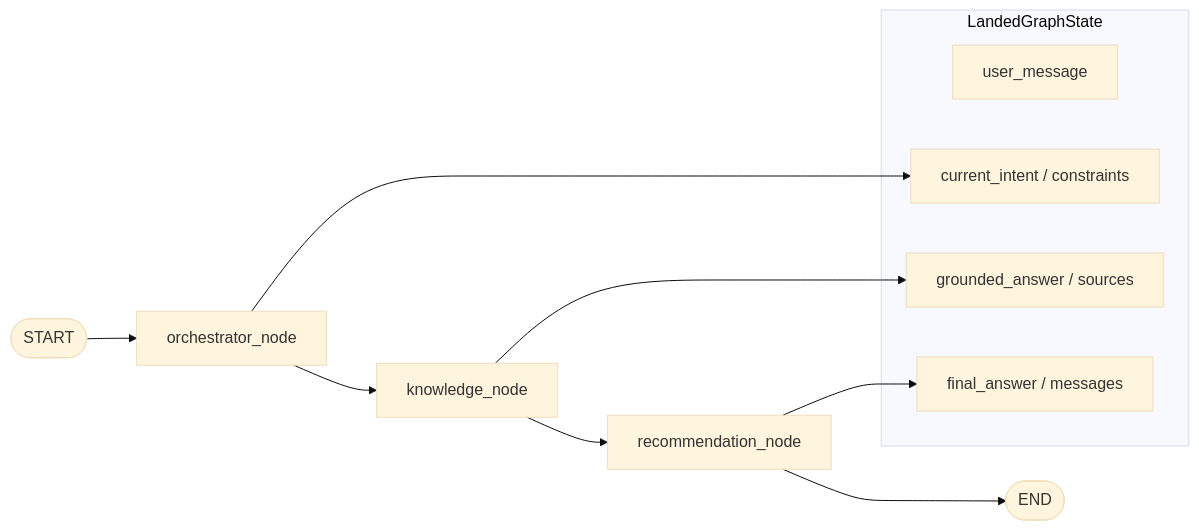
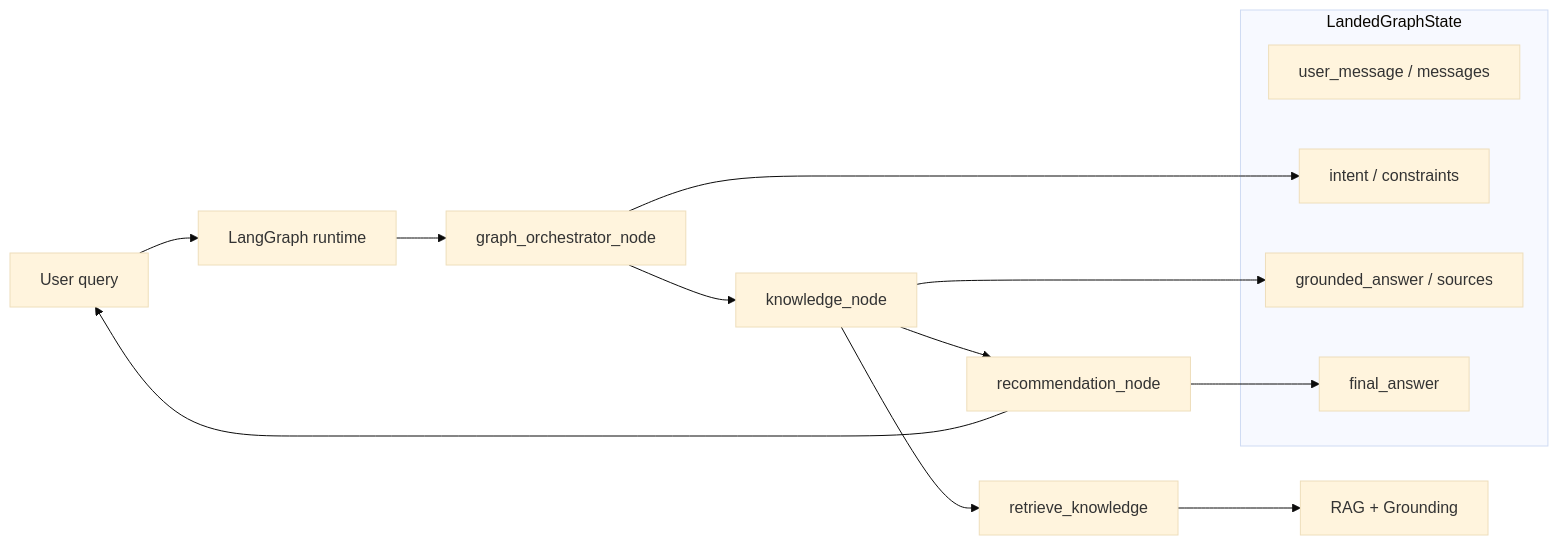
Before and after one commit to luisfm44/landed-agent: the second of 7 diagrams in docs/architecture-diagram.md, drawn with Mermaid (base theme). The commit also changed other lines of this file and 4 other files, not shown here.

````diff
--- a/docs/architecture-diagram.md
+++ b/docs/architecture-diagram.md
@@ -119,18 +77,21 @@
 ```mermaid
 flowchart LR
-    START([START]) --> O[orchestrator_node]
-    O --> K[knowledge_node]
-    K --> R[recommendation_node]
-    R --> END([END])
+    USER[User query] --> LG[LangGraph runtime]
+    LG --> GO[graph_orchestrator_node]
+    GO --> KN[knowledge_node]
+    KN --> RK[retrieve_knowledge]
+    RK --> RAG[RAG + Grounding]
+    KN --> RN[recommendation_node]
+    RN --> USER
 
     subgraph state [LandedGraphState]
-        S1[user_message]
-        S2[current_intent / constraints]
+        S1[user_message / messages]
+        S2[intent / constraints]
         S3[grounded_answer / sources]
-        S4[final_answer / messages]
+        S4[final_answer]
     end
 
-    O --> S2
-    K --> S3
-    R --> S4
+    GO --> S2
+    KN --> S3
+    RN --> S4
 ```
````
